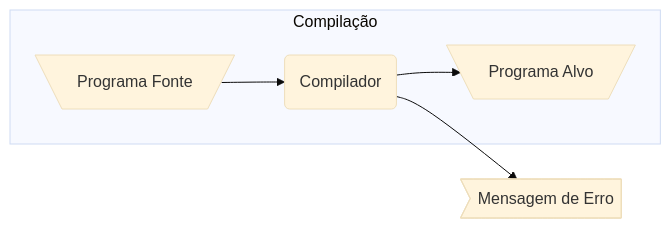
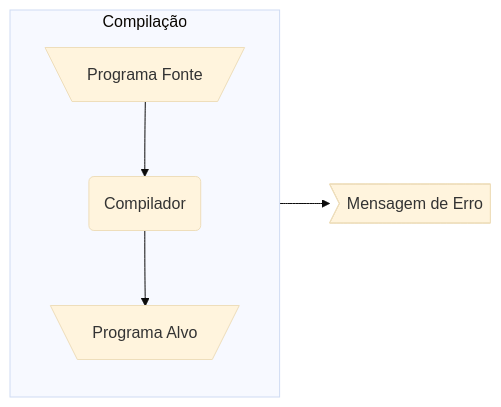
The first of 5 diagrams in Introducao.md (Programando-o-Mundo/Microfundamentos-Compiladores), drawn with Mermaid (base theme) before and after one commit. The commit also changed other lines of this file, not shown here.

````diff
--- a/Introducao.md
+++ b/Introducao.md
@@ -22,13 +26,15 @@
 ```mermaid
 flowchart LR
     id1[\Programa Fonte/]
     id2(Compilador)
     id3[\Programa Alvo/]
     id4>Mensagem de Erro]
 
     subgraph Compilação
+    direction TB
     id1 --> id2
     id2 --> id3
     end
+    
     id2 --> id4
 ```
````
